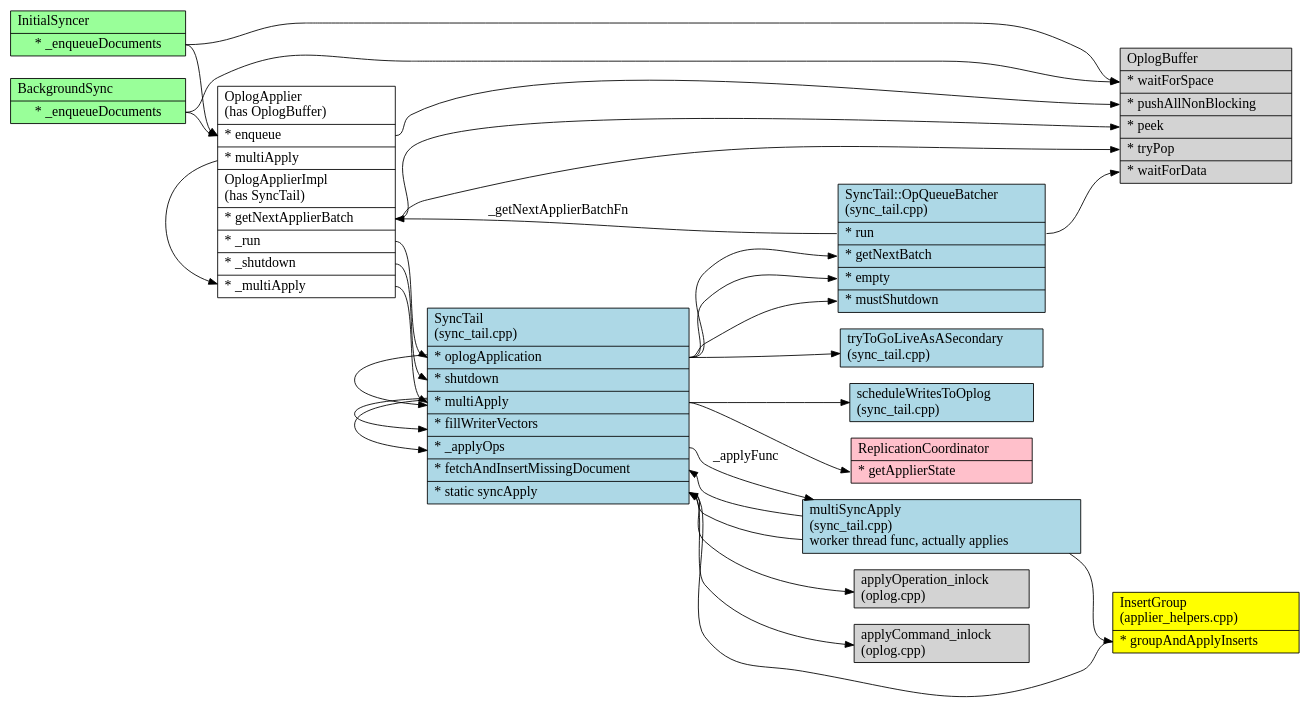
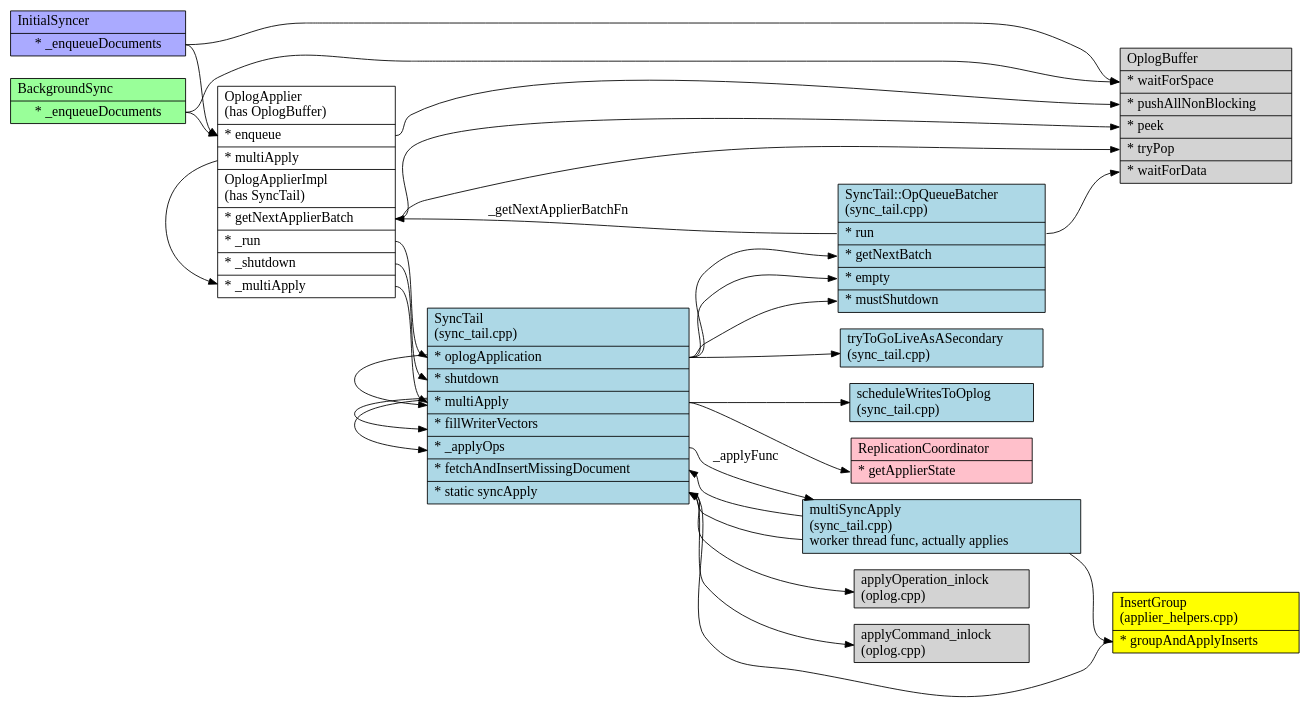
One commit to ajdavis/oplog_applier changed the diagram in oplog_applier/oplog_applier.gv. Above: the diagram before and after it, drawn with Graphviz. The commit also changed 12 other files, not shown here.

```diff
--- a/oplog_applier/oplog_applier.gv
+++ b/oplog_applier/oplog_applier.gv
@@ -1,154 +1,154 @@
 /*
 
 Currently oplog application is split between OplogApplier, SyncTail, applyOps,
 transaction_oplog_application.cpp, and oplog.cpp. The OplogApplier is the direction we want to be
 moving towards but it wasn't fully completed. We likely will not want to merge everything together,
 but we will save ourselves a lot of time in the future if we finish the OplogApplier and make oplog
 application code much more straightforward.
 
 */
 
 digraph g {
 graph [
 rankdir = "LR";
 ];
 node [
 fontsize = "16";
 labeljust = "left";
 shape = "record";
 style = "filled";
 ];
 edge [
 fontsize = "16";
 ];
 
 /*
  * oplog_applier.cpp
  *
  */
 
 "OplogApplier" [
 fillcolor = white;
 label = "OplogApplier \l(has OplogBuffer)\l|<enqueue> * enqueue\l|<multiApply> * multiApply\l|OplogApplierImpl\l(has SyncTail)\l|<getNextApplierBatch> * getNextApplierBatch\l|<_run> * _run\l|<_shutdown> * _shutdown\l|<_multiApply> * _multiApply\l"
 ];
 
 OplogApplier:enqueue -> OplogBuffer:pushAllNonBlocking;
 OplogApplier:_run -> SyncTail:oplogApplication;
 OplogApplier:_shutdown -> SyncTail:shutdown;
 OplogApplier:multiApply -> OplogApplier:_multiApply;
 OplogApplier:_multiApply -> SyncTail:multiApply;
 
 OplogApplier:getNextApplierBatch -> OplogBuffer:peek [weight=2];
 OplogApplier:getNextApplierBatch -> OplogBuffer:tryPop;
 "OplogBuffer" [
 label = "OplogBuffer\l|<waitForSpace> * waitForSpace\l|<pushAllNonBlocking> * pushAllNonBlocking\l|<peek> * peek\l|<tryPop> * tryPop\l|<waitForData> * waitForData\l"
 ];
 
 /*
  * replication_coordinator_impl.cpp
  */
 
 "ReplicationCoordinator" [
 fillcolor = "pink";
 label = "ReplicationCoordinator\l|<getApplierState> * getApplierState\l";
 ];
 
 /*
  * synctail_.cpp
  *
  */
 
 "tryToGoLiveAsASecondary" [
 fillcolor = "lightblue";
 label = "tryToGoLiveAsASecondary\l(sync_tail.cpp)\l";
 ];
 
 // Has _getNextApplierBatchFn - this is OplogApplier::getNextApplierBatch in oplog_applier.cpp
 "OpQueueBatcher" [
 fillcolor = "lightblue";
 label = "SyncTail::OpQueueBatcher\l(sync_tail.cpp)\l|<run> * run\l|<getNextBatch> * getNextBatch\l|<empty> * empty\l|<mustShutdown> * mustShutdown\l"
 ];
 
 "SyncTail" [
 fillcolor = "lightblue";
 label = "SyncTail\l(sync_tail.cpp)\l|<oplogApplication> * oplogApplication\l| <shutdown> * shutdown\l|<multiApply> * multiApply\l|<fillWriterVectors> * fillWriterVectors\l|<_applyOps> * _applyOps\l|<fetchAndInsertMissingDocument> * fetchAndInsertMissingDocument\l|<syncApply> * static syncApply\l";
 ];
 
 SyncTail:oplogApplication -> OpQueueBatcher:getNextBatch;
 SyncTail:oplogApplication -> OpQueueBatcher:empty;
 SyncTail:oplogApplication -> OpQueueBatcher:mustShutdown;
 SyncTail:oplogApplication -> SyncTail:multiApply;
 SyncTail:oplogApplication -> tryToGoLiveAsASecondary;
 SyncTail:multiApply -> scheduleWritesToOplog;
 SyncTail:multiApply -> SyncTail:_applyOps;
 SyncTail:multiApply -> SyncTail:fillWriterVectors;
 SyncTail:multiApply -> ReplicationCoordinator:getApplierState;
 SyncTail:_applyOps -> multiSyncApply [label=_applyFunc];
 SyncTail:syncApply -> applyOperation_inlock;
 SyncTail:syncApply -> applyCommand_inlock;
 
 OpQueueBatcher:run -> OplogApplier:getNextApplierBatch [label = _getNextApplierBatchFn];
 OpQueueBatcher:run -> OplogBuffer:waitForData;
 
 "multiSyncApply" [
 fillcolor = "lightblue";
 label = "multiSyncApply\l(sync_tail.cpp)\l  worker thread func, actually applies\l";
 ];
 
 multiSyncApply -> SyncTail:fetchAndInsertMissingDocument;
 multiSyncApply -> SyncTail:syncApply;
 multiSyncApply -> InsertGroup:groupAndApplyInserts;
 
 "scheduleWritesToOplog" [
 fillcolor = "lightblue";
 label = "scheduleWritesToOplog\l(sync_tail.cpp)\l";
 ];
 
 /*
  * applier_helpers.cpp
  */
 
 "InsertGroup" [
 fillcolor = "yellow";
 label = "InsertGroup\l(applier_helpers.cpp)\l|<groupAndApplyInserts> * groupAndApplyInserts\l";
 ];
 
 InsertGroup:groupAndApplyInserts -> SyncTail:syncApply;
 
 /*
  * oplog.cpp
  *
  */
 
 "applyOperation_inlock" [
 fillcolor = "lightgray";
 label = "applyOperation_inlock\l(oplog.cpp)\l";
 ];
 
 "applyCommand_inlock" [
 fillcolor = "lightgray";
 label = "applyCommand_inlock\l(oplog.cpp)\l";
 ];
 
 /*
  * bgsync.cpp
  *
  */
 
 "BackgroundSync" [
 fillcolor = "#99FF99";
 label = "BackgroundSync\l|<_enqueueDocuments> * _enqueueDocuments";
 ]
 
 BackgroundSync:_enqueueDocuments -> OplogBuffer:waitForSpace;
 BackgroundSync:_enqueueDocuments -> OplogApplier:enqueue;
 
 "InitialSyncer" [
-fillcolor = "#99FF99";
+fillcolor = "#AAAAFF";
 label = "InitialSyncer\l|<_enqueueDocuments> * _enqueueDocuments";
 ]
 
 InitialSyncer:_enqueueDocuments -> OplogBuffer:waitForSpace;
 InitialSyncer:_enqueueDocuments -> OplogApplier:enqueue [weight=2];
 
 }
```
